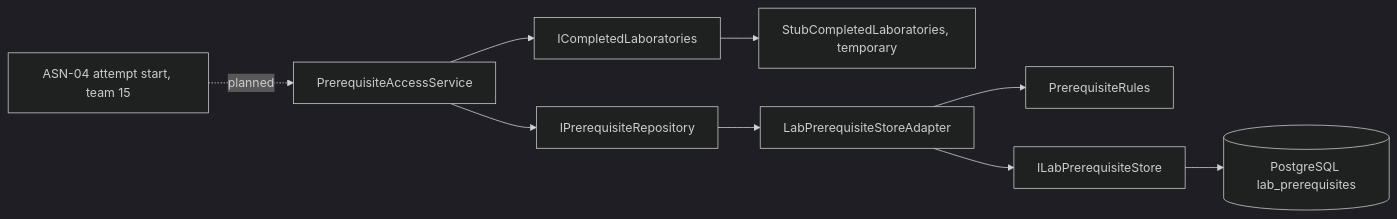
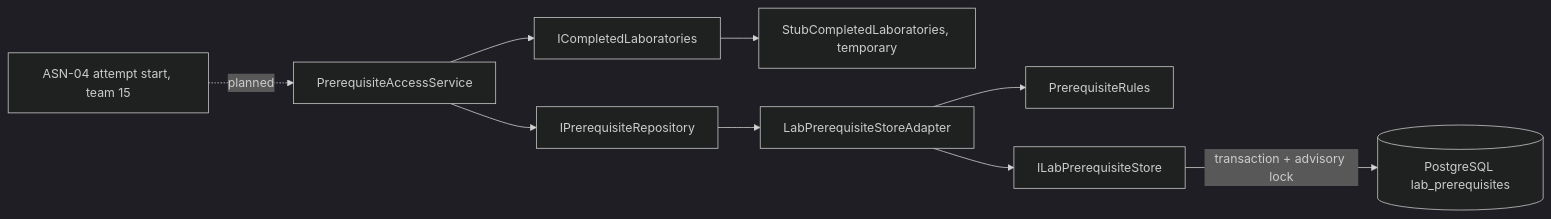
Before and after one commit to djufa762x39/security-lab: the first of 2 diagrams in docs/components/LAB-06-prerequisites.md, drawn with Mermaid (dark theme). The commit also changed other lines of this file, not shown here.

Commit message:
LAB-06: dokumentacija za istovremeni upis i tabela zahtev-kod-test

````diff
--- a/docs/components/LAB-06-prerequisites.md
+++ b/docs/components/LAB-06-prerequisites.md
@@ -26,11 +27,11 @@
 ```mermaid
 flowchart LR
   ASN[ASN-04 attempt start, team 15] -. planned .-> ACCESS[PrerequisiteAccessService]
   ACCESS --> REPO[IPrerequisiteRepository]
   ACCESS --> DONE[ICompletedLaboratories]
   DONE --> STUB[StubCompletedLaboratories, temporary]
   REPO --> ADAPTER[LabPrerequisiteStoreAdapter]
   ADAPTER --> RULES[PrerequisiteRules]
   ADAPTER --> STORE[ILabPrerequisiteStore]
-  STORE --> DB[(PostgreSQL lab_prerequisites)]
+  STORE -->|transaction + advisory lock| DB[(PostgreSQL lab_prerequisites)]
 ```
````
